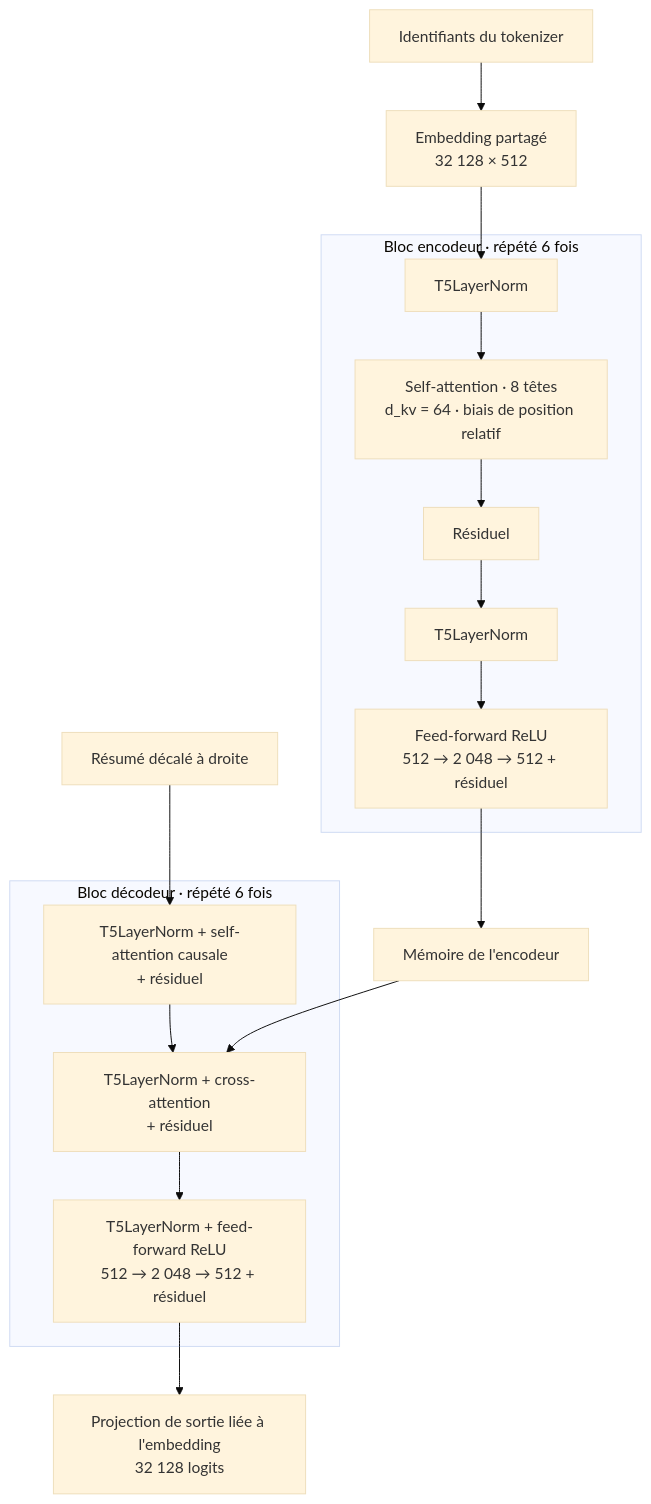
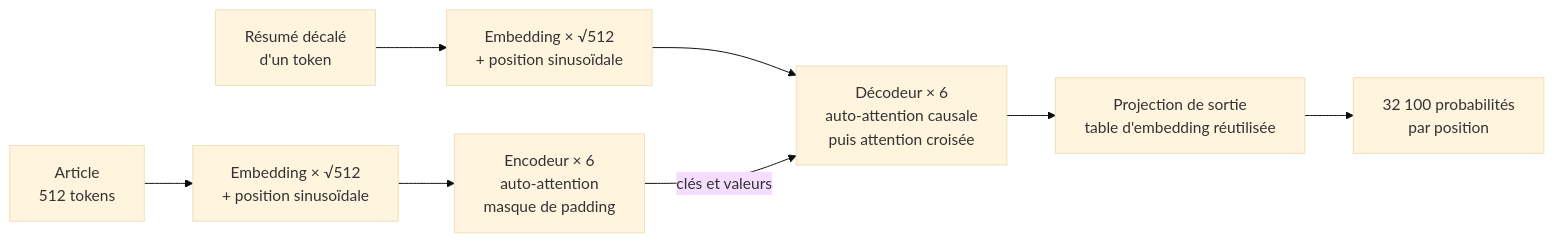
One commit to skai-shiroe/Train-vs-Pre-train changed the diagram in PRESENTATION.md. Above: the diagram before and after it, drawn with Mermaid (base theme). The commit also changed other lines of this file and 3 other files, not shown here.

````diff
--- a/PRESENTATION.md
+++ b/PRESENTATION.md
@@ -32,19 +65,10 @@
 ```mermaid
-flowchart TB
-    TOK["Identifiants du tokenizer"] --> EMB["Embedding partagé<br/>32 128 × 512"]
-    subgraph EB["Bloc encodeur · répété 6 fois"]
-        EN1["T5LayerNorm"] --> EN2["Self-attention · 8 têtes<br/>d_kv = 64 · biais de position relatif"]
-        EN2 --> EN3["Résiduel"]
-        EN3 --> EN4["T5LayerNorm"]
-        EN4 --> EN5["Feed-forward ReLU<br/>512 → 2 048 → 512 + résiduel"]
-    end
-    EMB --> EN1
-    EN5 --> MEM["Mémoire de l'encodeur"]
-    subgraph DB["Bloc décodeur · répété 6 fois"]
-        DE1["T5LayerNorm + self-attention causale<br/>+ résiduel"] --> DE2["T5LayerNorm + cross-attention<br/>+ résiduel"]
-        DE2 --> DE3["T5LayerNorm + feed-forward ReLU<br/>512 → 2 048 → 512 + résiduel"]
-    end
-    TGT["Résumé décalé à droite"] --> DE1
-    MEM --> DE2
-    DE3 --> HEAD["Projection de sortie liée à l'embedding<br/>32 128 logits"]
+flowchart LR
+    A["Article<br/>512 tokens"] --> AE["Embedding × √512<br/>+ position sinusoïdale"]
+    AE --> E["Encodeur × 6<br/>auto-attention<br/>masque de padding"]
+    C["Résumé décalé<br/>d'un token"] --> CE["Embedding × √512<br/>+ position sinusoïdale"]
+    CE --> D["Décodeur × 6<br/>auto-attention causale<br/>puis attention croisée"]
+    E -->|"clés et valeurs"| D
+    D --> P["Projection de sortie<br/>table d'embedding réutilisée"]
+    P --> R["32 100 probabilités<br/>par position"]
 ```
````
